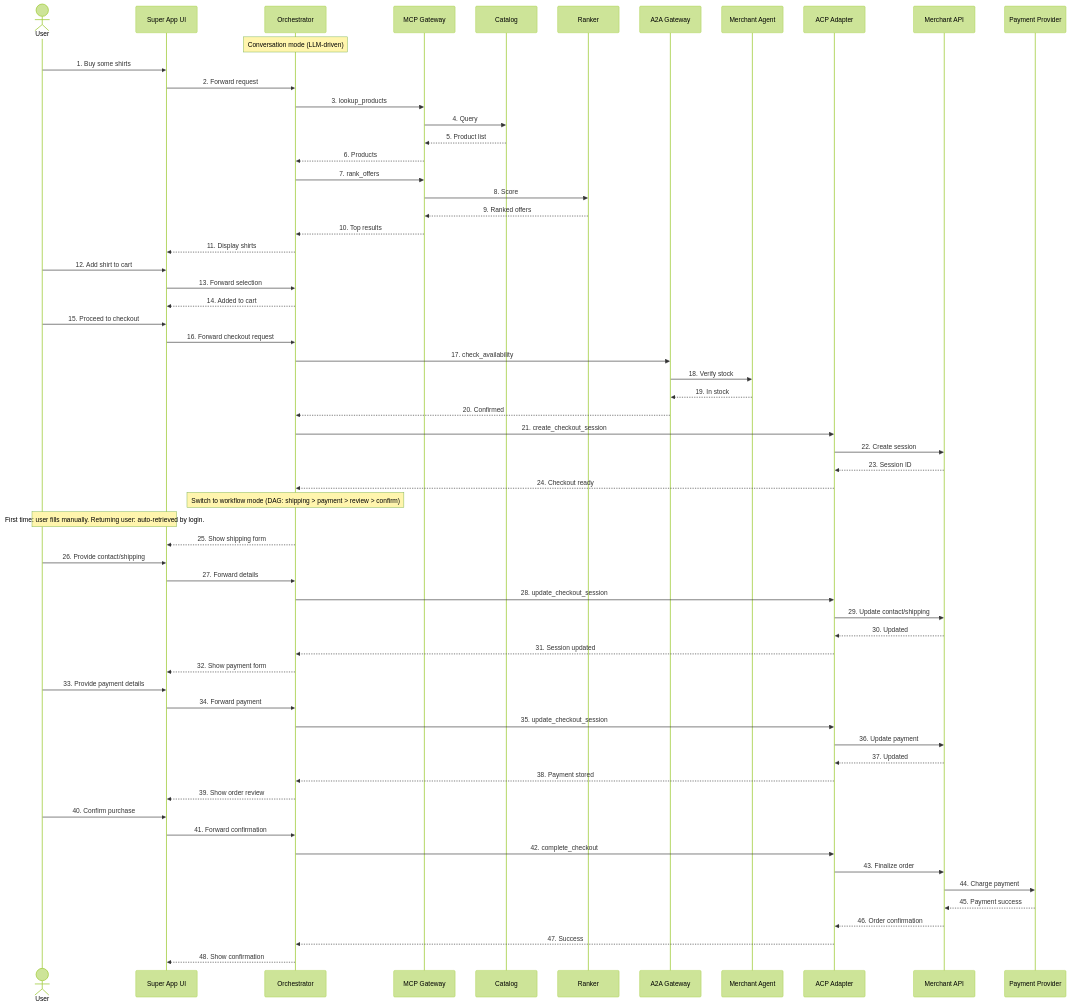
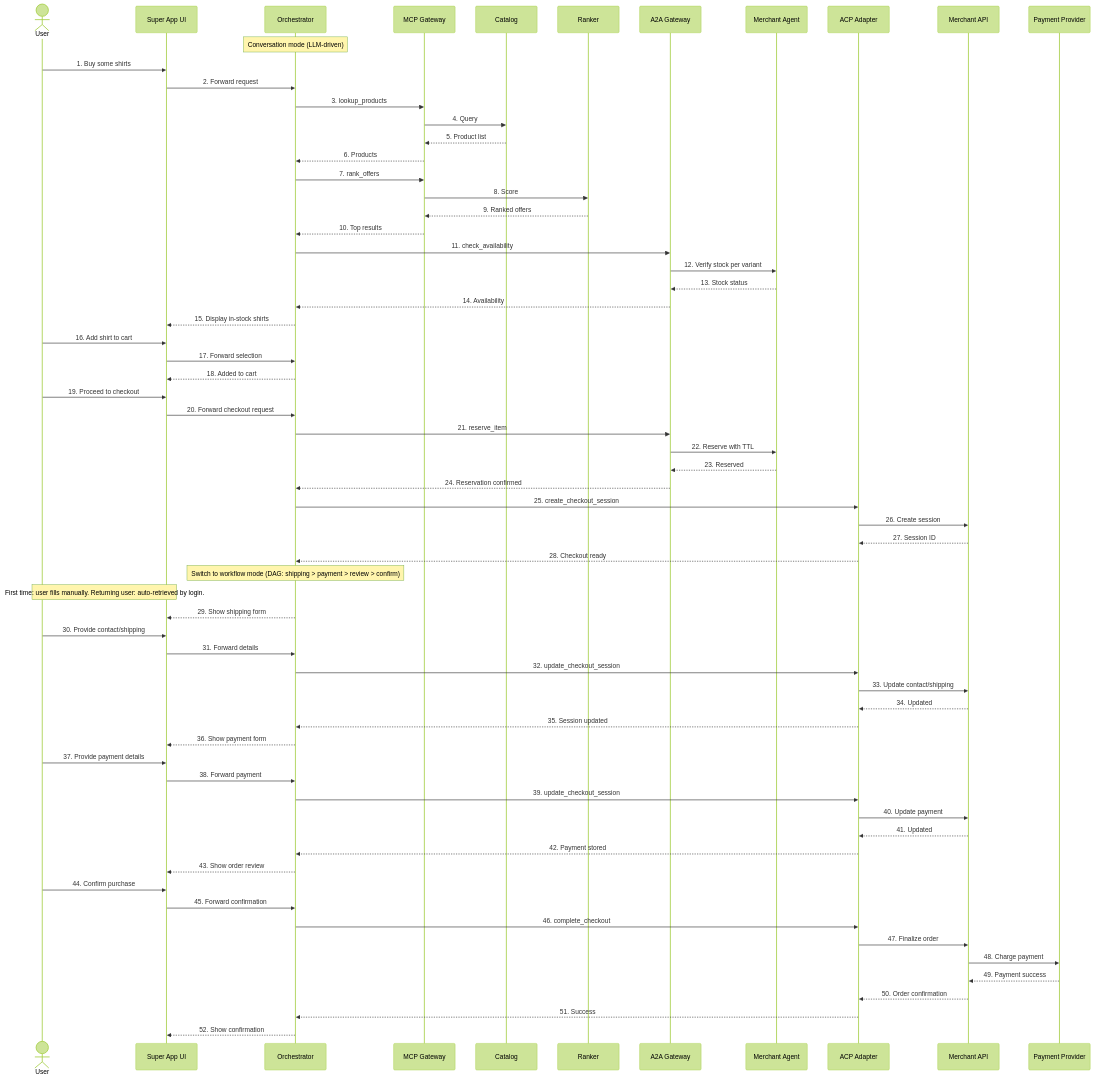
Before and after one commit to zhuohanl/agentic-commerce-protocol-demo: the seventh of 7 diagrams in understanding/design/layered-architecture-mvp.md, drawn with Mermaid (forest theme). The commit also changed other lines of this file and 2 other files, not shown here.

````diff
--- a/understanding/design/layered-architecture-mvp.md
+++ b/understanding/design/layered-architecture-mvp.md
@@ -452,57 +486,62 @@
 Ranker-->>MCP: 9. Ranked offers
 MCP-->>Orch: 10. Top results
 
-Orch-->>UI: 11. Display shirts
+Orch->>A2A: 11. check_availability
+A2A->>MerchantAgent: 12. Verify stock per variant
+MerchantAgent-->>A2A: 13. Stock status
+A2A-->>Orch: 14. Availability
 
-User->>UI: 12. Add shirt to cart
-UI->>Orch: 13. Forward selection
-Orch-->>UI: 14. Added to cart
+Orch-->>UI: 15. Display in-stock shirts
 
-User->>UI: 15. Proceed to checkout
-UI->>Orch: 16. Forward checkout request
+User->>UI: 16. Add shirt to cart
+UI->>Orch: 17. Forward selection
+Orch-->>UI: 18. Added to cart
 
-Orch->>A2A: 17. check_availability
-A2A->>MerchantAgent: 18. Verify stock
-MerchantAgent-->>A2A: 19. In stock
-A2A-->>Orch: 20. Confirmed
+User->>UI: 19. Proceed to checkout
+UI->>Orch: 20. Forward checkout request
 
-Orch->>ACP: 21. create_checkout_session
-ACP->>MerchantAPI: 22. Create session
-MerchantAPI-->>ACP: 23. Session ID
-ACP-->>Orch: 24. Checkout ready
+Orch->>A2A: 21. reserve_item
+A2A->>MerchantAgent: 22. Reserve with TTL
+MerchantAgent-->>A2A: 23. Reserved
+A2A-->>Orch: 24. Reservation confirmed
+
+Orch->>ACP: 25. create_checkout_session
+ACP->>MerchantAPI: 26. Create session
+MerchantAPI-->>ACP: 27. Session ID
+ACP-->>Orch: 28. Checkout ready
 
 Note over Orch: Switch to workflow mode (DAG: shipping > payment > review > confirm)
 
 Note over User,UI: First time: user fills manually. Returning user: auto-retrieved by login.
 
-Orch-->>UI: 25. Show shipping form
+Orch-->>UI: 29. Show shipping form
 
-User->>UI: 26. Provide contact/shipping
-UI->>Orch: 27. Forward details
-Orch->>ACP: 28. update_checkout_session
-ACP->>MerchantAPI: 29. Update contact/shipping
-MerchantAPI-->>ACP: 30. Updated
-ACP-->>Orch: 31. Session updated
-Orch-->>UI: 32. Show payment form
+User->>UI: 30. Provide contact/shipping
+UI->>Orch: 31. Forward details
+Orch->>ACP: 32. update_checkout_session
+ACP->>MerchantAPI: 33. Update contact/shipping
+MerchantAPI-->>ACP: 34. Updated
+ACP-->>Orch: 35. Session updated
+Orch-->>UI: 36. Show payment form
 
-User->>UI: 33. Provide payment details
-UI->>Orch: 34. Forward payment
-Orch->>ACP: 35. update_checkout_session
-ACP->>MerchantAPI: 36. Update payment
-MerchantAPI-->>ACP: 37. Updated
-ACP-->>Orch: 38. Payment stored
-Orch-->>UI: 39. Show order review
+User->>UI: 37. Provide payment details
+UI->>Orch: 38. Forward payment
+Orch->>ACP: 39. update_checkout_session
+ACP->>MerchantAPI: 40. Update payment
+MerchantAPI-->>ACP: 41. Updated
+ACP-->>Orch: 42. Payment stored
+Orch-->>UI: 43. Show order review
 
-User->>UI: 40. Confirm purchase
-UI->>Orch: 41. Forward confirmation
+User->>UI: 44. Confirm purchase
+UI->>Orch: 45. Forward confirmation
 
-Orch->>ACP: 42. complete_checkout
-ACP->>MerchantAPI: 43. Finalize order
-MerchantAPI->>PSP: 44. Charge payment
-PSP-->>MerchantAPI: 45. Payment success
+Orch->>ACP: 46. complete_checkout
+ACP->>MerchantAPI: 47. Finalize order
+MerchantAPI->>PSP: 48. Charge payment
+PSP-->>MerchantAPI: 49. Payment success
 
-MerchantAPI-->>ACP: 46. Order confirmation
-ACP-->>Orch: 47. Success
+MerchantAPI-->>ACP: 50. Order confirmation
+ACP-->>Orch: 51. Success
 
-Orch-->>UI: 48. Show confirmation
+Orch-->>UI: 52. Show confirmation
 ```
````
